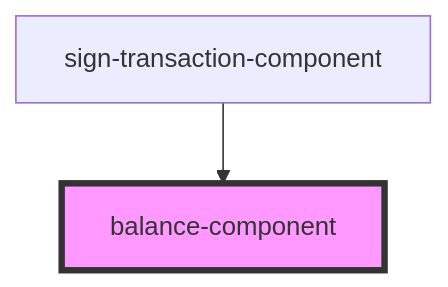
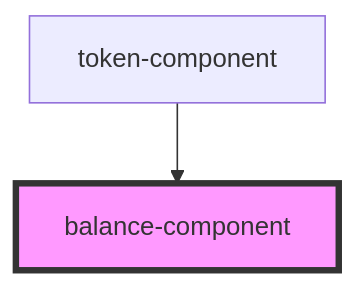
The diagram in src/components/sign-transactions-modal/components/balance-component/readme.md (multiversx/mx-sdk-dapp-ui), drawn with Mermaid before and after one commit. The commit also changed other lines of this file and 14 other files, not shown here.

Commit message:
Add fungible and token component

````diff
--- a/src/components/sign-transactions-modal/components/balance-component/readme.md
+++ b/src/components/sign-transactions-modal/components/balance-component/readme.md
@@ -24,5 +25,5 @@
 ```mermaid
 graph TD;
-  sign-transaction-component --> balance-component
+  token-component --> balance-component
   style balance-component fill:#f9f,stroke:#333,stroke-width:4px
 ```
````
